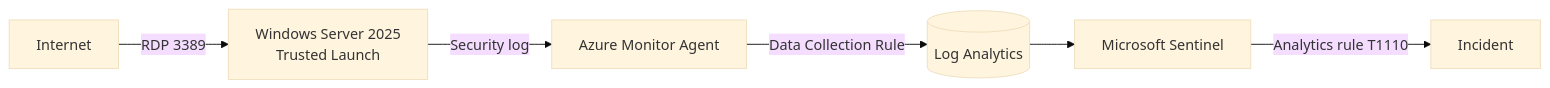
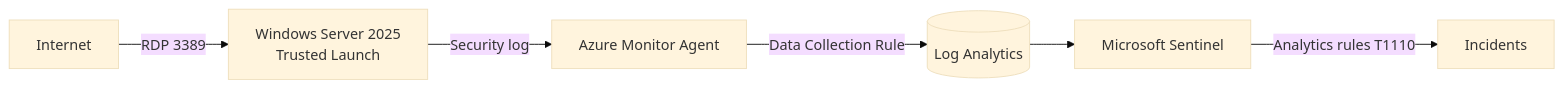
One commit to Tuomas404/azure-sentinel-honeypot changed the diagram in README.md. Above: the diagram before and after it, drawn with Mermaid (base theme). The commit also changed other lines of this file, not shown here.

````diff
--- a/README.md
+++ b/README.md
@@ -8,8 +10,8 @@
 ```mermaid
 flowchart LR
   A[Internet] -->|RDP 3389| VM[Windows Server 2025<br/>Trusted Launch]
   VM -->|Security log| AMA[Azure Monitor Agent]
   AMA -->|Data Collection Rule| LAW[(Log Analytics)]
   LAW --> S[Microsoft Sentinel]
-  S -->|Analytics rule T1110| I[Incident]
+  S -->|Analytics rules T1110| I[Incidents]
 ```
````
